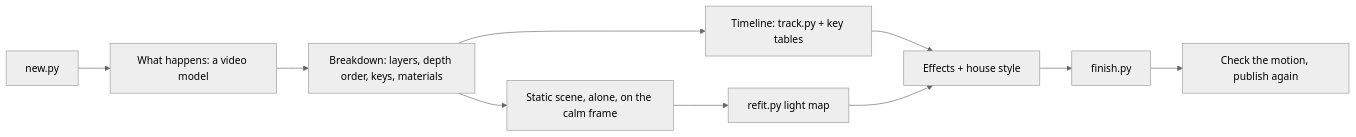
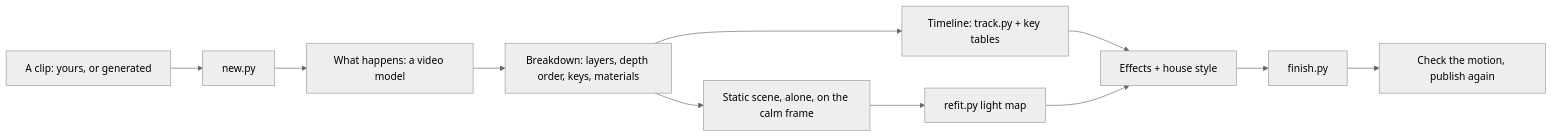
One commit to gokayfem/anyvfx changed the diagram in SKILL.md. Above: the diagram before and after it, drawn with Mermaid (neutral theme). The commit also changed other lines of this file and 5 other files, not shown here.

````diff
--- a/SKILL.md
+++ b/SKILL.md
@@ -24,12 +24,13 @@
 ```mermaid
 flowchart LR
-  A[new.py] --> B[What happens: a video model]
+  Z[A clip: yours, or generated] --> A[new.py]
+  A --> B[What happens: a video model]
   B --> C[Breakdown: layers, depth order, keys, materials]
   C --> D[Static scene, alone, on the calm frame]
   C --> F[Timeline: track.py + key tables]
   D --> E[refit.py light map]
   F --> G[Effects + house style]
   E --> G
   G --> H[finish.py]
   H --> I[Check the motion, publish again]
 ```
````
